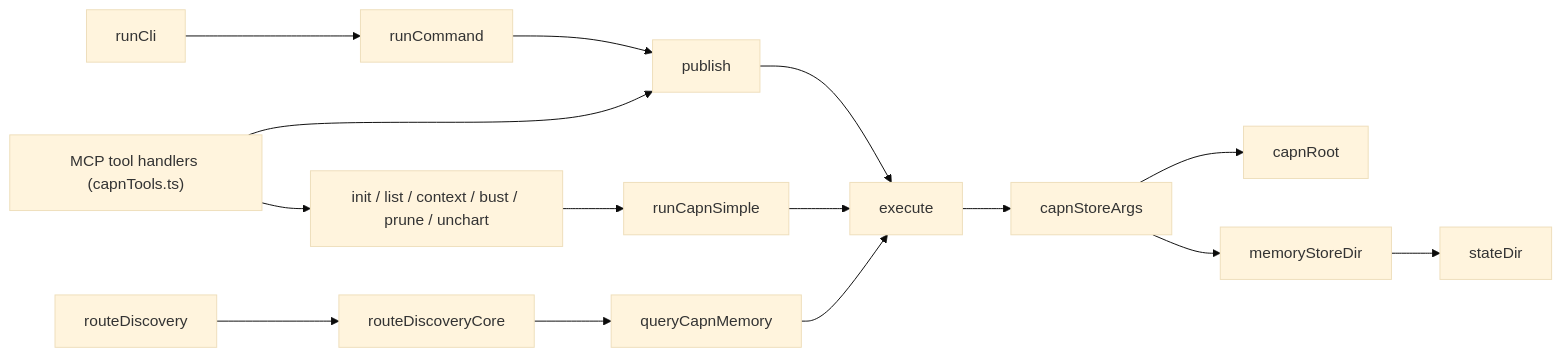
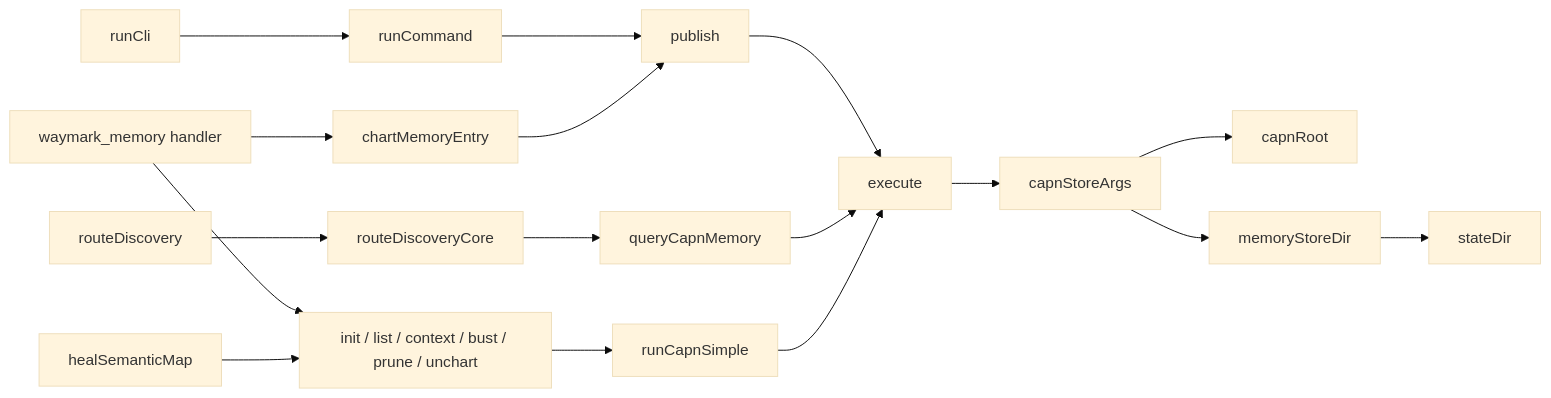
Before and after one commit to paragon-ux/waymark-engine: the diagram in examples/architectural-map.md, drawn with Mermaid (base theme). The commit also changed other lines of this file and 28 other files, not shown here.

````diff
--- a/examples/architectural-map.md
+++ b/examples/architectural-map.md
@@ -141,14 +180,15 @@
 ```mermaid
 flowchart LR
   runCli --> runCommand --> publish
-  mcp["MCP tool handlers (capnTools.ts)"] --> publish
+  mcp["waymark_memory handler"] --> chartMemoryEntry --> publish
   mcp --> wrappers["init / list / context / bust / prune / unchart"]
+  healSemanticMap --> wrappers
   routeDiscovery --> routeDiscoveryCore --> queryCapnMemory
   wrappers --> runCapnSimple
   publish --> execute
   queryCapnMemory --> execute
   runCapnSimple --> execute
   execute --> capnStoreArgs
   capnStoreArgs --> capnRoot
   capnStoreArgs --> memoryStoreDir --> stateDir
 ```
````
